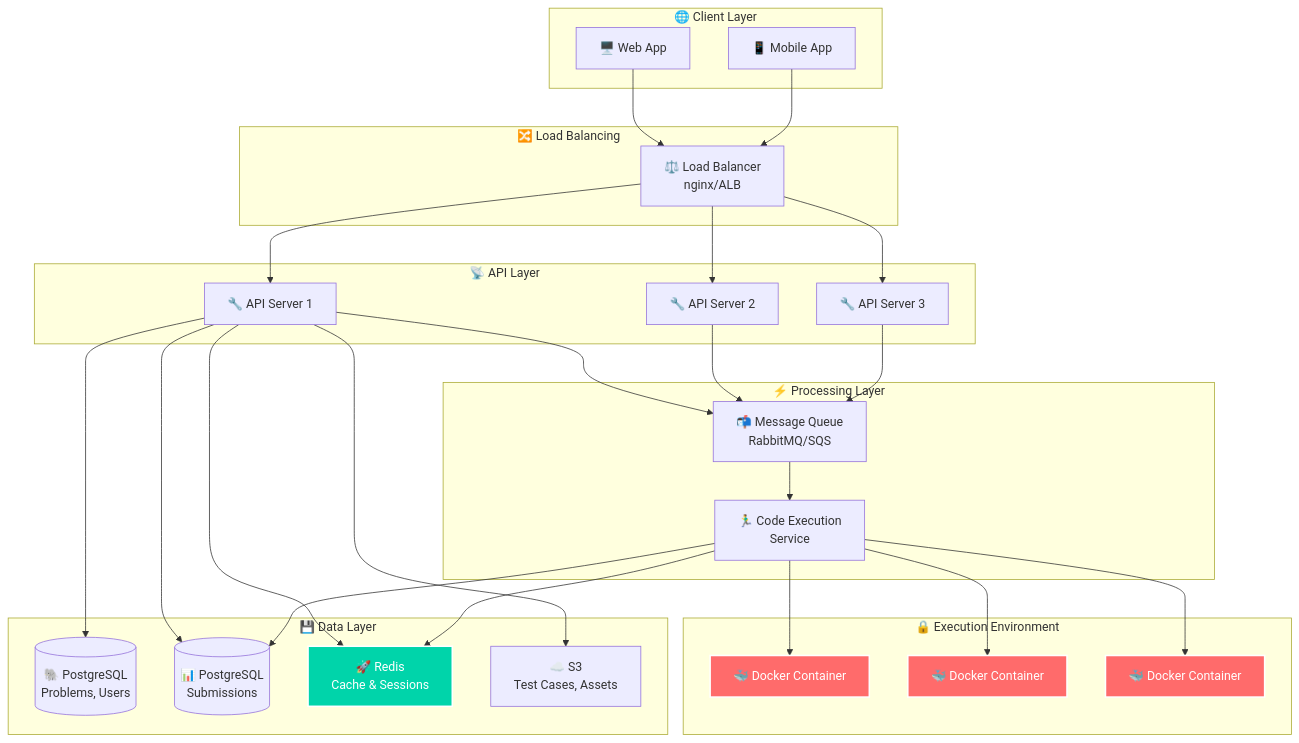
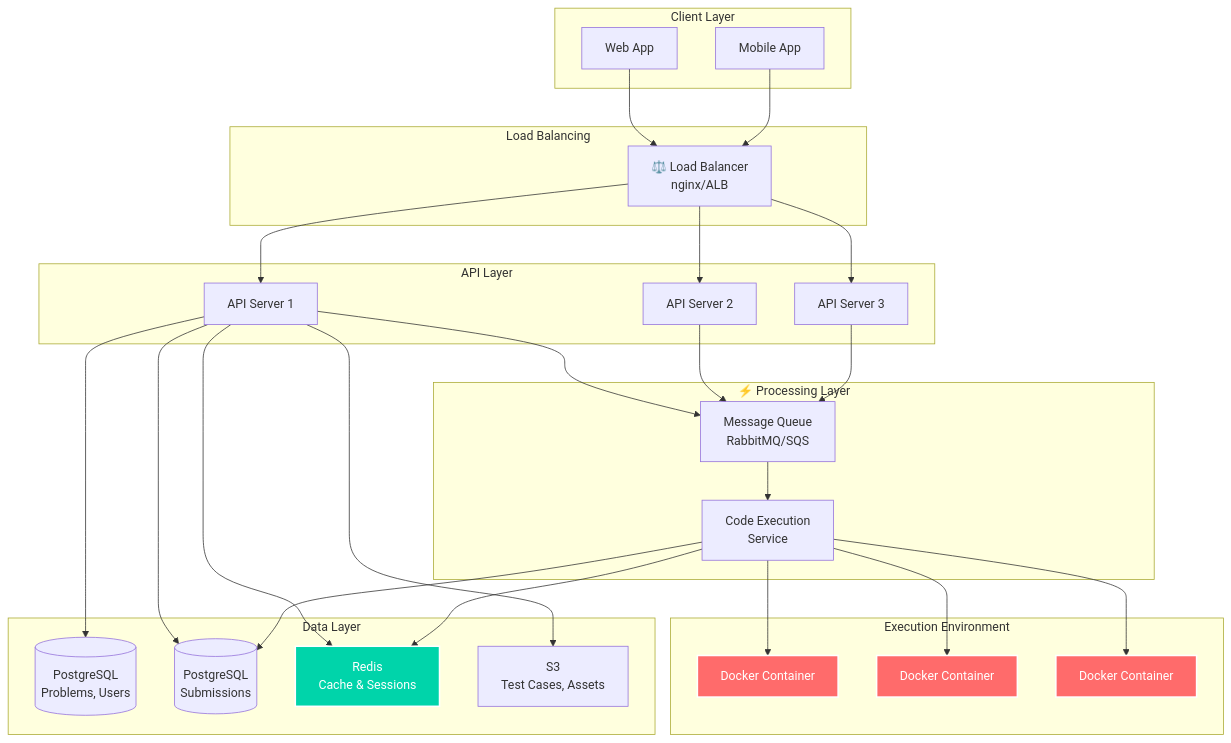
Before and after one commit to hemanth1999k/Product-Architecture: the third of 6 diagrams in Design Leetcode Platform.md, drawn with Mermaid. The commit also changed other lines of this file, not shown here.

````diff
--- a/Design Leetcode Platform.md
+++ b/Design Leetcode Platform.md
@@ -183,63 +183,63 @@
 ```mermaid
 graph TB
-    subgraph "🌐 Client Layer"
-        WEB[🖥️ Web App]
-        MOBILE[📱 Mobile App]
+    subgraph "Client Layer"
+        WEB[Web App]
+        MOBILE[Mobile App]
     end
     
-    subgraph "🔀 Load Balancing"
+    subgraph "Load Balancing"
         LB[⚖️ Load Balancer<br/>nginx/ALB]
     end
     
-    subgraph "📡 API Layer"
-        API1[🔧 API Server 1]
-        API2[🔧 API Server 2]
-        API3[🔧 API Server 3]
+    subgraph "API Layer"
+        API1[API Server 1]
+        API2[API Server 2]
+        API3[API Server 3]
     end
     
     subgraph "⚡ Processing Layer"
-        QUEUE[📬 Message Queue<br/>RabbitMQ/SQS]
-        EXECUTOR[🏃‍♂️ Code Execution<br/>Service]
+        QUEUE[Message Queue<br/>RabbitMQ/SQS]
+        EXECUTOR[Code Execution<br/>Service]
     end
     
-    subgraph "🔒 Execution Environment"
-        DOCKER1[🐳 Docker Container]
-        DOCKER2[🐳 Docker Container]
-        DOCKER3[🐳 Docker Container]
+    subgraph "Execution Environment"
+        DOCKER1[Docker Container]
+        DOCKER2[Docker Container]
+        DOCKER3[Docker Container]
     end
     
-    subgraph "💾 Data Layer"
-        POSTGRES[(🐘 PostgreSQL<br/>Problems, Users)]
-        SUBMISSIONS[(📊 PostgreSQL<br/>Submissions)]
-        REDIS[🚀 Redis<br/>Cache & Sessions]
-        S3[☁️ S3<br/>Test Cases, Assets]
+    subgraph "Data Layer"
+        POSTGRES[(PostgreSQL<br/>Problems, Users)]
+        SUBMISSIONS[(PostgreSQL<br/>Submissions)]
+        REDIS[Redis<br/>Cache & Sessions]
+        S3[S3<br/>Test Cases, Assets]
     end
     
     WEB --> LB
     MOBILE --> LB
     LB --> API1
     LB --> API2
     LB --> API3
     
     API1 --> QUEUE
     API2 --> QUEUE
     API3 --> QUEUE
     
     QUEUE --> EXECUTOR
     EXECUTOR --> DOCKER1
     EXECUTOR --> DOCKER2
     EXECUTOR --> DOCKER3
     
     API1 --> POSTGRES
     API1 --> SUBMISSIONS
     API1 --> REDIS
     API1 --> S3
     
     EXECUTOR --> SUBMISSIONS
     EXECUTOR --> REDIS
     
     style DOCKER1 fill:#ff6b6b,stroke:#ffffff,stroke-width:2px,color:#ffffff
     style DOCKER2 fill:#ff6b6b,stroke:#ffffff,stroke-width:2px,color:#ffffff
     style DOCKER3 fill:#ff6b6b,stroke:#ffffff,stroke-width:2px,color:#ffffff
     style REDIS fill:#00d4aa,stroke:#ffffff,stroke-width:2px,color:#ffffff
 ```
````
